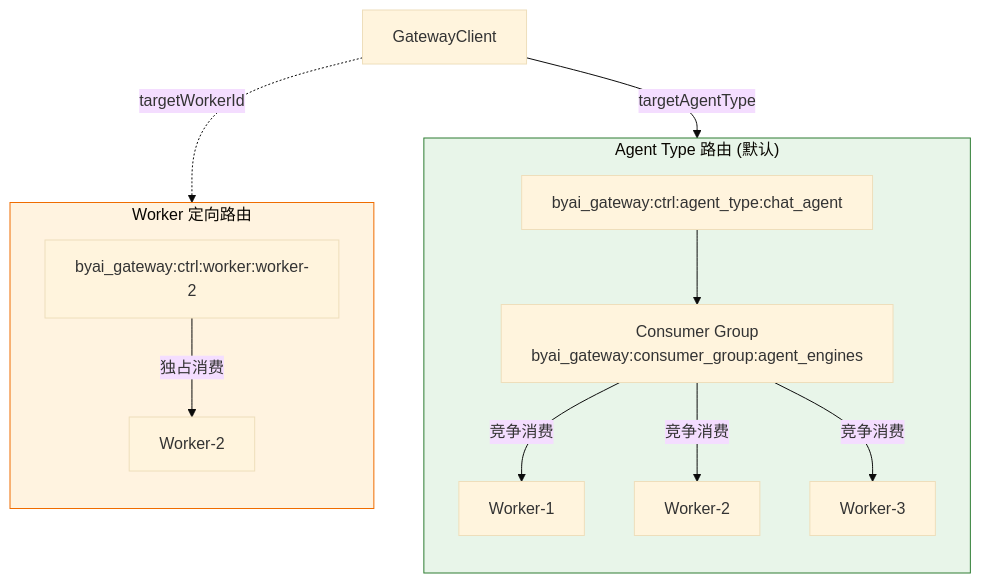
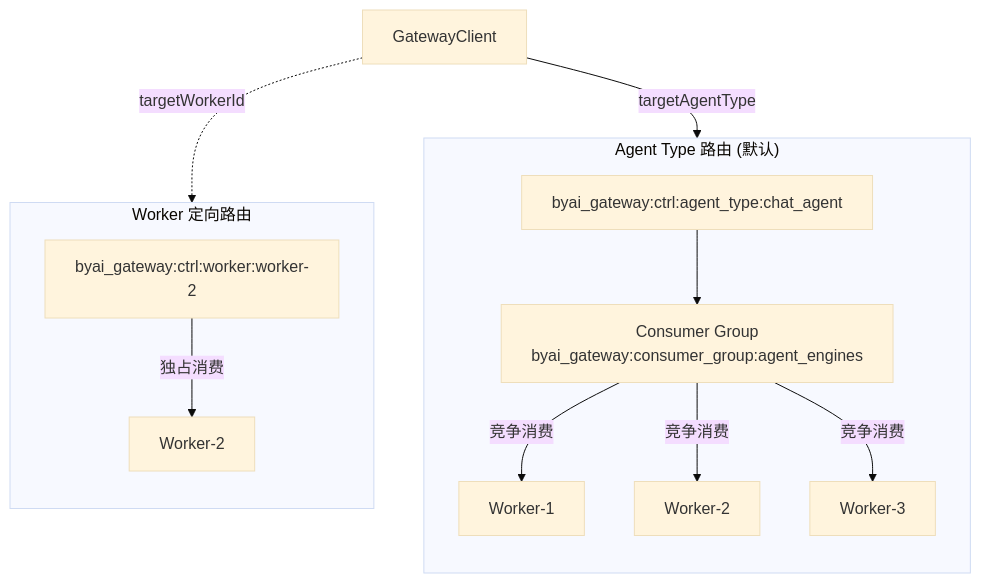
The second of 4 diagrams in docs/architecture/redis-streams.md (beyonai/by-framework-docs), drawn with Mermaid (base theme) before and after one commit. The commit also changed other lines of this file and 46 other files, not shown here.

````diff
--- a/docs/architecture/redis-streams.md
+++ b/docs/architecture/redis-streams.md
@@ -77,31 +77,29 @@
 ```mermaid
 graph TB
     Client["GatewayClient"]
 
     subgraph AgentTypeRoute["Agent Type 路由 (默认)"]
         direction TB
         S1["byai_gateway:ctrl:agent_type:chat_agent"]
         CG["Consumer Group<br/>byai_gateway:consumer_group:agent_engines"]
         W1["Worker-1"]
         W2["Worker-2"]
         W3["Worker-3"]
 
         S1 --> CG
         CG -->|"竞争消费"| W1
         CG -->|"竞争消费"| W2
         CG -->|"竞争消费"| W3
     end
 
     subgraph DirectRoute["Worker 定向路由"]
         direction TB
         S2["byai_gateway:ctrl:worker:worker-2"]
         W2D["Worker-2"]
         S2 -->|"独占消费"| W2D
     end
 
     Client -->|"targetAgentType"| S1
     Client -.->|"targetWorkerId"| S2
 
-    style AgentTypeRoute fill:#e8f5e9,stroke:#2e7d32
-    style DirectRoute fill:#fff3e0,stroke:#ef6c00
 ```
````
